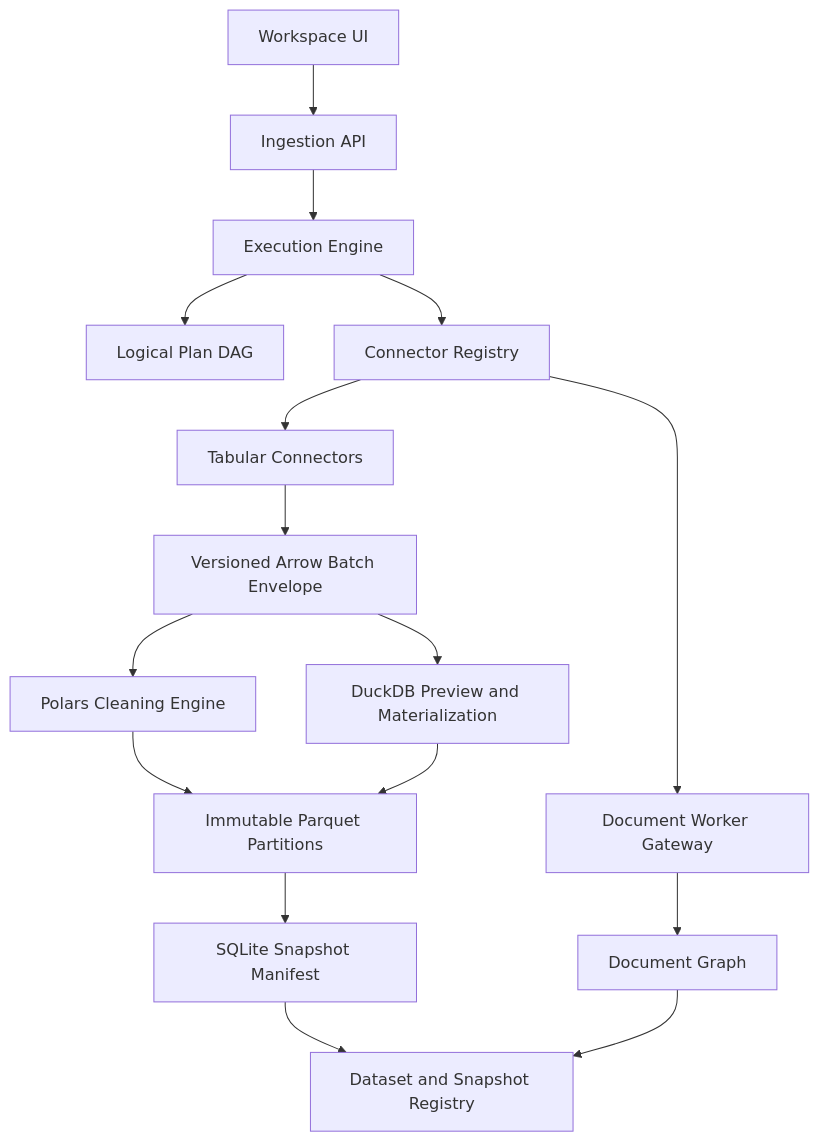
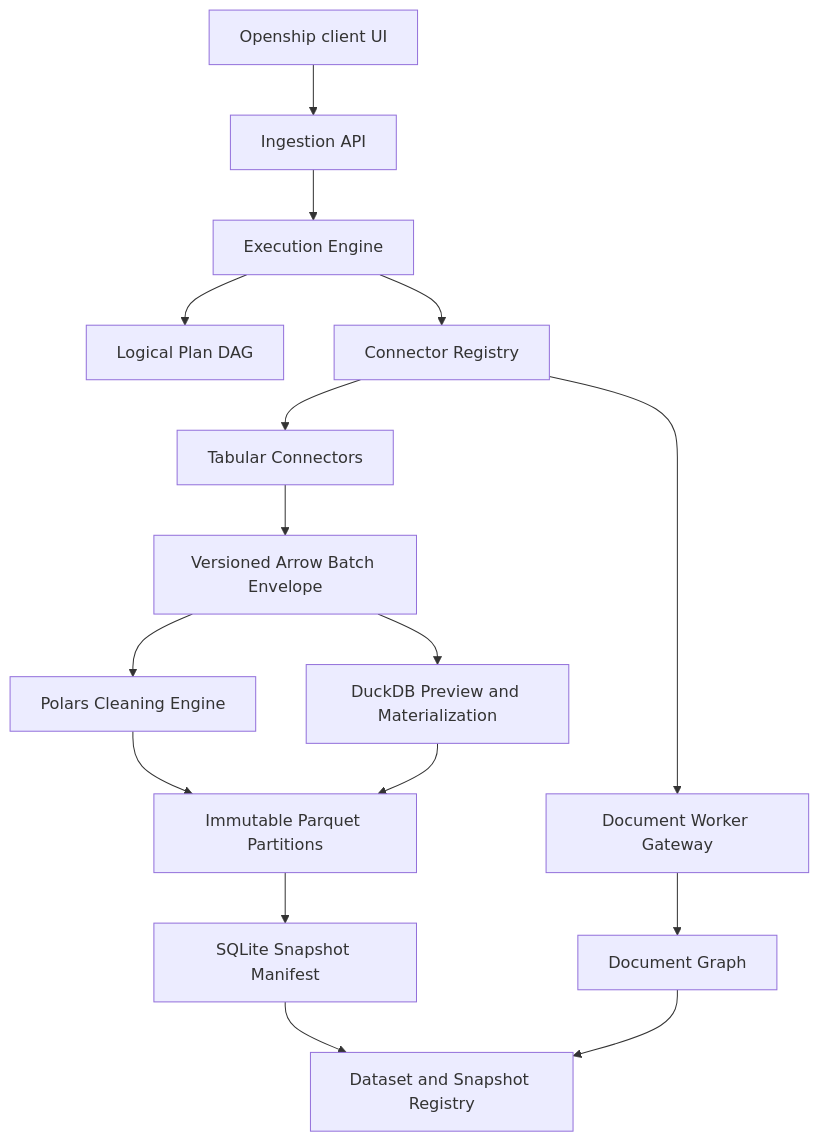
Before and after one commit to X44421/stillflow: the diagram in docs/data-ingestion-architecture.md, drawn with Mermaid. The commit also changed other lines of this file and 8 other files, not shown here.

````diff
--- a/docs/data-ingestion-architecture.md
+++ b/docs/data-ingestion-architecture.md
@@ -60,18 +66,18 @@
 ```mermaid
 flowchart TD
-    UI[Workspace UI] --> API[Ingestion API]
+    Client[Openship client UI] --> API[Ingestion API]
     API --> Engine[Execution Engine]
     Engine --> Plan[Logical Plan DAG]
     Engine --> Registry[Connector Registry]
     Registry --> Tabular[Tabular Connectors]
     Registry --> Documents[Document Worker Gateway]
     Tabular --> Arrow[Versioned Arrow Batch Envelope]
     Arrow --> Polars[Polars Cleaning Engine]
     Arrow --> DuckDB[DuckDB Preview and Materialization]
     Documents --> Graph[Document Graph]
     Polars --> Parquet[Immutable Parquet Partitions]
     DuckDB --> Parquet
     Parquet --> SQLite[SQLite Snapshot Manifest]
     SQLite --> Dataset[Dataset and Snapshot Registry]
     Graph --> Dataset
 ```
````
